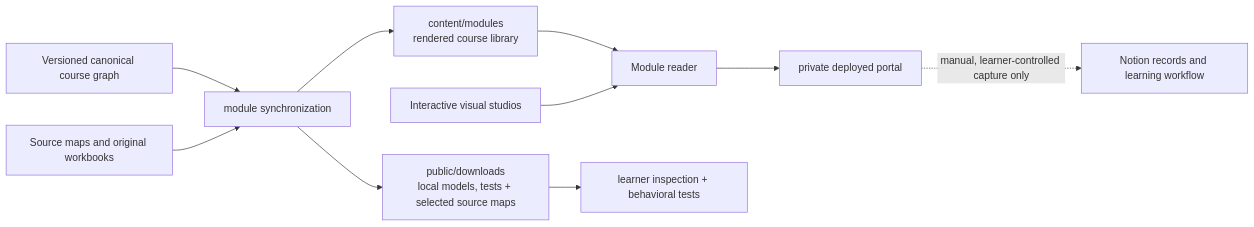
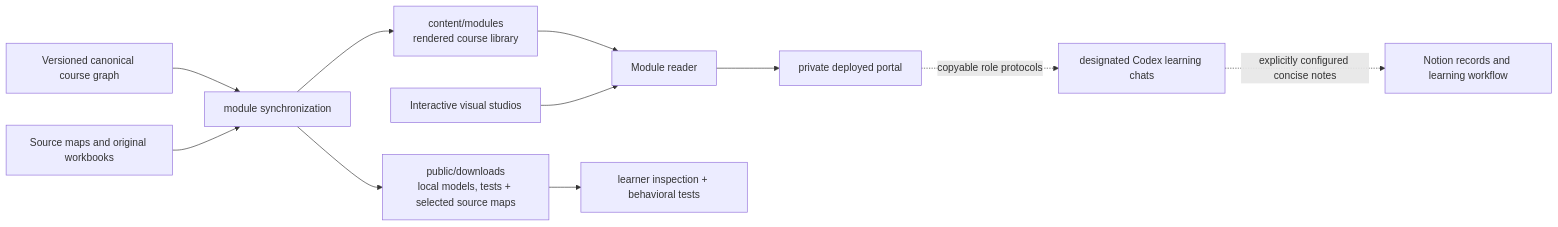
The diagram in docs/ARCHITECTURE.md (michaeliu3/atlas-academy-python-cs), drawn with Mermaid before and after one commit. The commit also changed other lines of this file and 19 other files, not shown here.

Commit message:
Add live Codex learning workflow

```diff
--- a/docs/ARCHITECTURE.md
+++ b/docs/ARCHITECTURE.md
@@ -9,12 +9,13 @@
 ~~~mermaid
 flowchart LR
     G["Versioned canonical course graph"] --> M["module synchronization"]
     S["Source maps and original workbooks"] --> M
     M --> L["content/modules<br>rendered course library"]
     M --> D["public/downloads<br>local models, tests + selected source maps"]
     L --> R["Module reader"]
     I["Interactive visual studios"] --> R
     D --> V["learner inspection + behavioral tests"]
     R --> P["private deployed portal"]
-    P -. "manual, learner-controlled capture only" .-> N["Notion records and learning workflow"]
+    P -. "copyable role protocols" .-> C["designated Codex learning chats"]
+    C -. "explicitly configured concise notes" .-> N["Notion records and learning workflow"]
 ~~~
```
